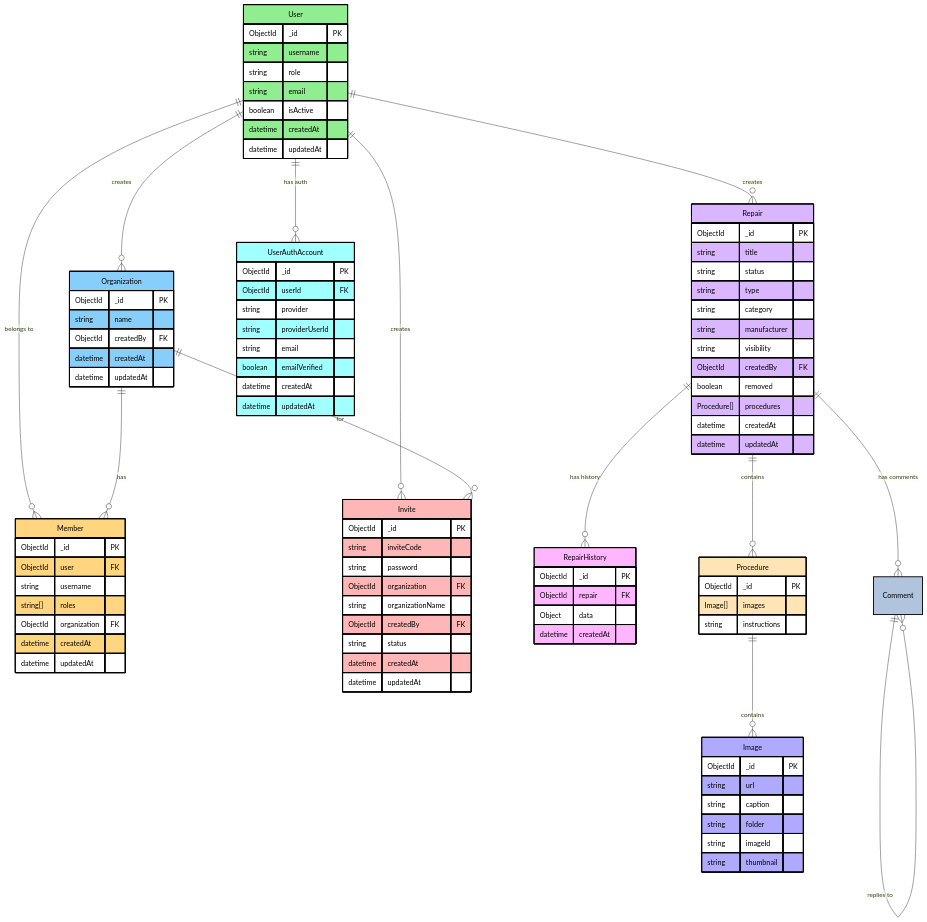
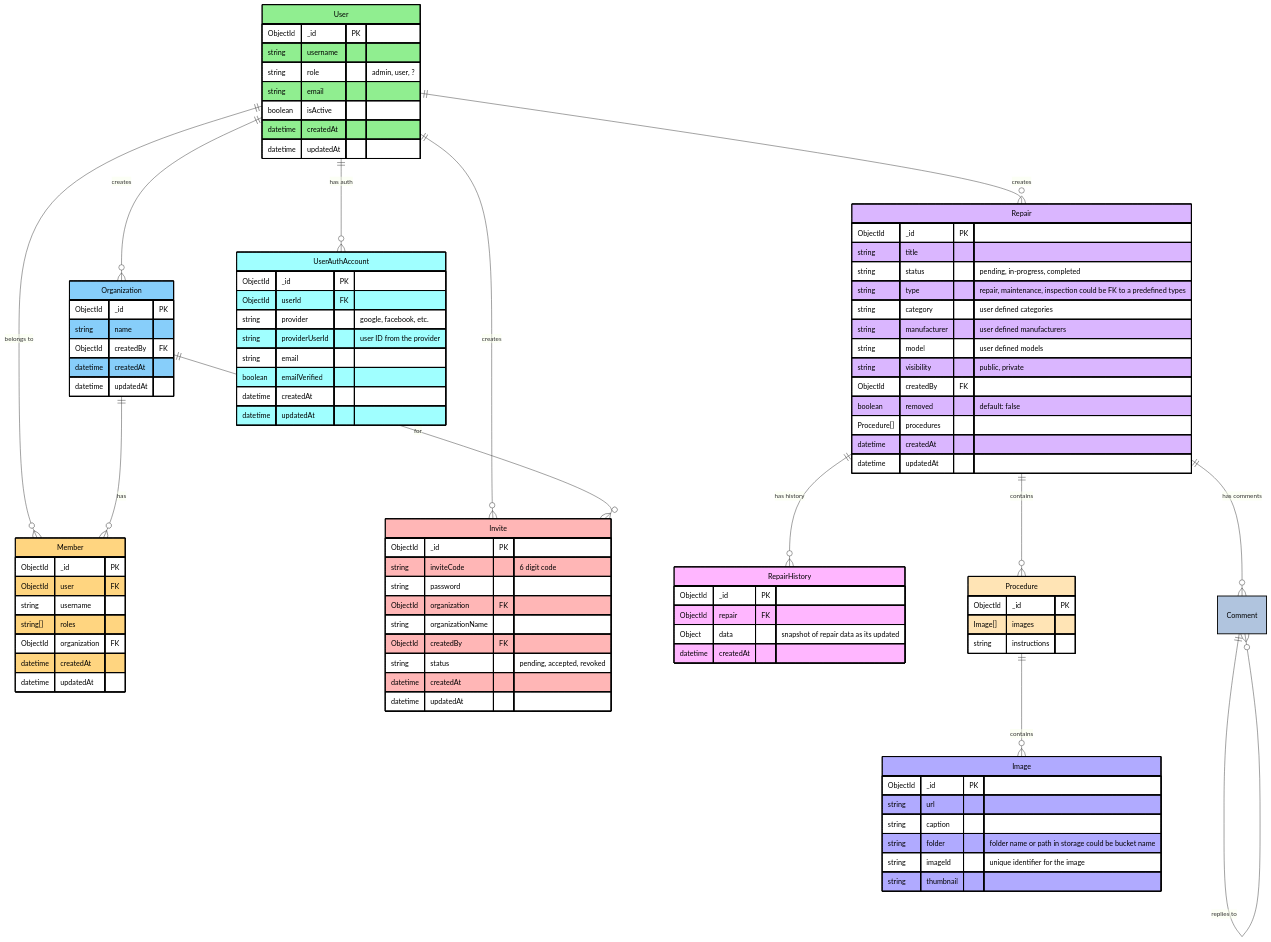
One commit to jesusdoza/repair-reports changed the diagram in diagrams/models-diagram.mmd. Above: the diagram before and after it, drawn with Mermaid.

Commit message:
add field descriptions to models diagram

```diff
--- a/diagrams/models-diagram.mmd
+++ b/diagrams/models-diagram.mmd
@@ -1,114 +1,115 @@
 erDiagram
     User {
         ObjectId _id PK
         string username
-        string role
+        string role "admin, user, ?"
         string email
         boolean isActive
         datetime createdAt
         datetime updatedAt
     }
 
-    Organization {
+    Organization { 
         ObjectId _id PK
         string name
         ObjectId createdBy FK
         datetime createdAt
         datetime updatedAt
     }
 
     Member {
         ObjectId _id PK
         ObjectId user FK
         string username
         string[] roles
         ObjectId organization FK
         datetime createdAt
         datetime updatedAt
     }
 
     Invite {
         ObjectId _id PK
-        string inviteCode
+        string inviteCode "6 digit code"
         string password
         ObjectId organization FK
         string organizationName
         ObjectId createdBy FK
-        string status
+        string status "pending, accepted, revoked"
         datetime createdAt
         datetime updatedAt
     }
 
     Repair {
         ObjectId _id PK
         string title
-        string status
-        string type
-        string category
-        string manufacturer
-        string visibility
+        string status "pending, in-progress, completed"
+        string type "repair, maintenance, inspection could be FK to a predefined types"
+        string category "user defined categories"
+        string manufacturer "user defined manufacturers"
+        string model "user defined models"
+        string visibility "public, private"
         ObjectId createdBy FK
-        boolean removed
+        boolean removed "default: false"
         Procedure[] procedures
         datetime createdAt
         datetime updatedAt
     }
 
     RepairHistory {
         ObjectId _id PK
         ObjectId repair FK
-        Object data
+        Object data "snapshot of repair data as its updated"
         datetime createdAt
     }
 
     UserAuthAccount {
         ObjectId _id PK
         ObjectId userId FK
-        string provider
-        string providerUserId
+        string provider "google, facebook, etc."
+        string providerUserId "user ID from the provider"
         string email
         boolean emailVerified
         datetime createdAt
         datetime updatedAt
     }
 
     Procedure {
         ObjectId _id PK
         Image[] images
         string instructions
     }
 
     Image {
         ObjectId _id PK
         string url
         string caption
-        string folder
-        string imageId
+        string folder "folder name or path in storage could be bucket name"
+        string imageId "unique identifier for the image"
         string thumbnail
     }
 
     %% Relationships
     User ||--o{ Organization : "creates"
     User ||--o{ Member : "belongs to"
     Organization ||--o{ Member : "has"
     User ||--o{ Invite : "creates"
     Organization ||--o{ Invite : "for"
     User ||--o{ Repair : "creates"
     Repair ||--o{ RepairHistory : "has history"
     Repair ||--o{ Comment : "has comments"
     Comment ||--o{ Comment : "replies to"
     User ||--o{ UserAuthAccount : "has auth"
     Repair ||--o{ Procedure : "contains"
     Procedure ||--o{ Image : "contains"
 
 %% styling
 style User fill:#90ee90,stroke:#000,stroke-width:2px,color:#000
 style Organization fill:#87cefa,stroke:#000,stroke-width:2px,color:#000
 style Member fill:#ffd580,stroke:#000,stroke-width:2px,color:#000
 style Invite fill:#ffb6b6,stroke:#000,stroke-width:2px,color:#000
 style Repair fill:#dab6ff,stroke:#000,stroke-width:2px,color:#000
 style RepairHistory fill:#ffb6ff,stroke:#000,stroke-width:2px,color:#000
 style Comment fill:#b0c4de,stroke:#000,stroke-width:2px,color:#000
 style UserAuthAccount fill:#a0ffff,stroke:#000,stroke-width:2px,color:#000
 style Procedure fill:#ffe4b5,stroke:#000,stroke-width:2px,color:#000
 style Image fill:#b0aaff,stroke:#000,stroke-width:2px,color:#000
```
